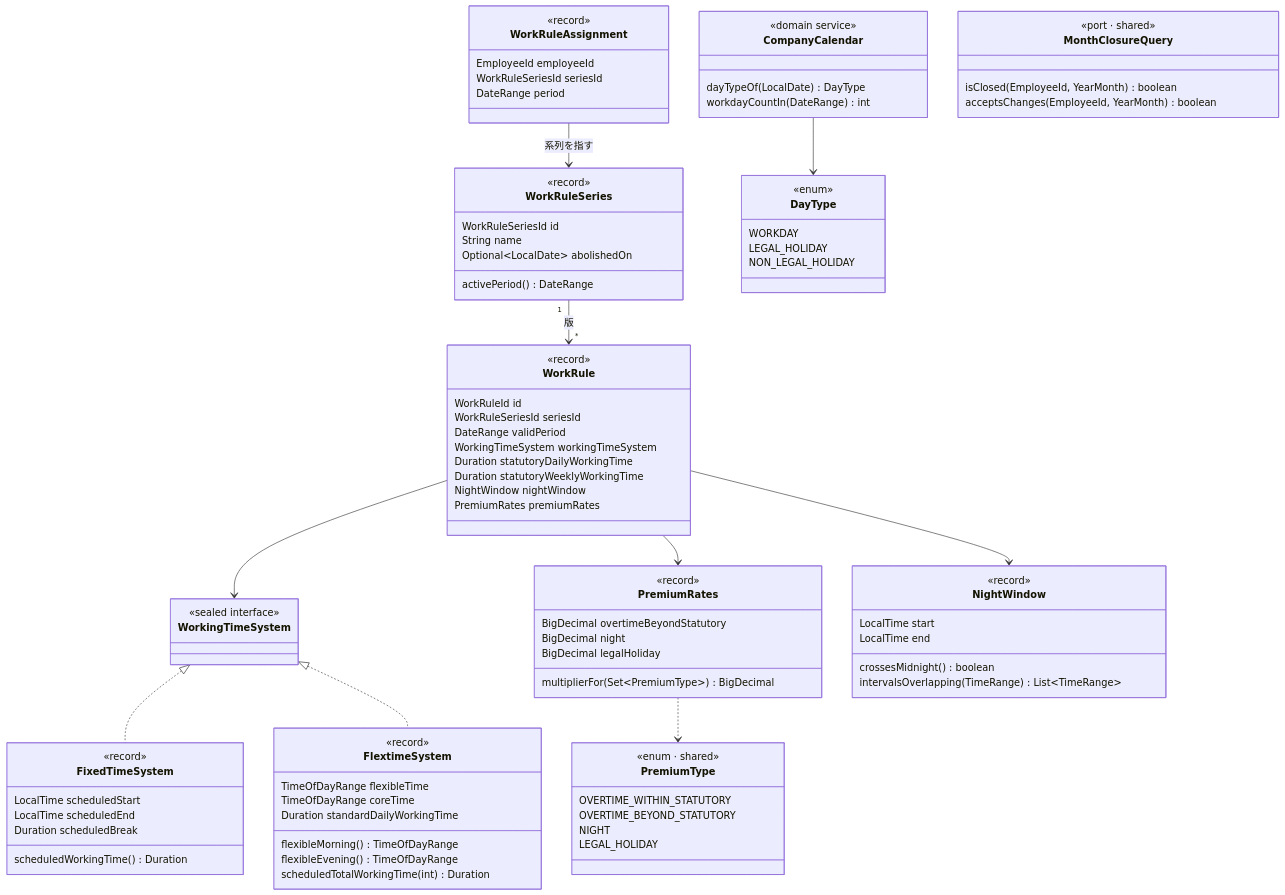
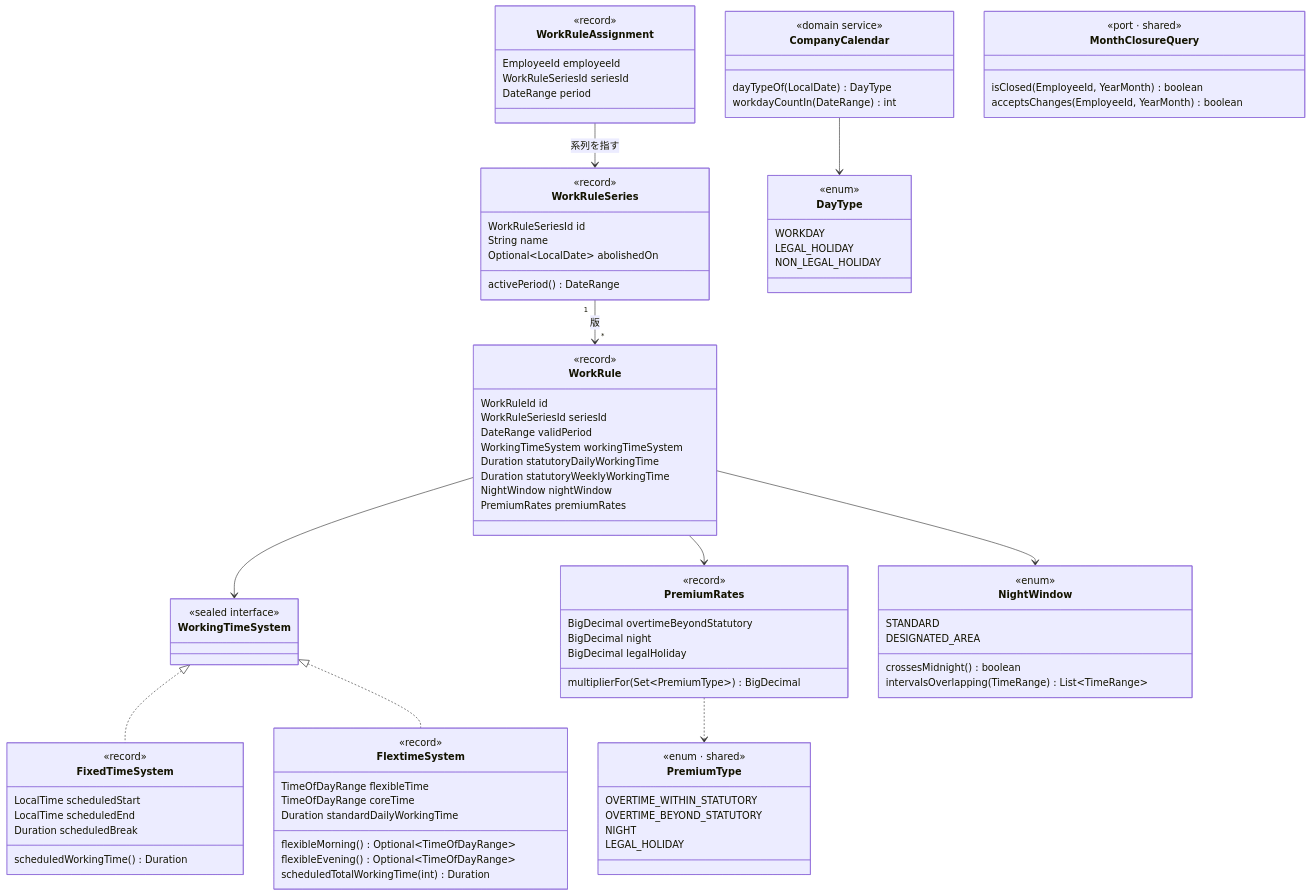
Before and after one commit to masaki-i02/newJavaProject: the diagram in doc/02_詳細設計/02_就業規則・カレンダー/diagrams/ドメインモデル.mmd, drawn with Mermaid. The commit also changed 52 other files, not shown here.

```diff
--- a/doc/02_詳細設計/02_就業規則・カレンダー/diagrams/ドメインモデル.mmd
+++ b/doc/02_詳細設計/02_就業規則・カレンダー/diagrams/ドメインモデル.mmd
@@ -1,96 +1,96 @@
 classDiagram
     direction TB
 
     class WorkRuleSeries {
         <<record>>
         WorkRuleSeriesId id
         String name
         Optional~LocalDate~ abolishedOn
         activePeriod() DateRange
     }
 
     class WorkRule {
         <<record>>
         WorkRuleId id
         WorkRuleSeriesId seriesId
         DateRange validPeriod
         WorkingTimeSystem workingTimeSystem
         Duration statutoryDailyWorkingTime
         Duration statutoryWeeklyWorkingTime
         NightWindow nightWindow
         PremiumRates premiumRates
     }
 
     class WorkingTimeSystem {
         <<sealed interface>>
     }
     class FixedTimeSystem {
         <<record>>
         LocalTime scheduledStart
         LocalTime scheduledEnd
         Duration scheduledBreak
         scheduledWorkingTime() Duration
     }
     class FlextimeSystem {
         <<record>>
         TimeOfDayRange flexibleTime
         TimeOfDayRange coreTime
         Duration standardDailyWorkingTime
-        flexibleMorning() TimeOfDayRange
-        flexibleEvening() TimeOfDayRange
+        flexibleMorning() Optional~TimeOfDayRange~
+        flexibleEvening() Optional~TimeOfDayRange~
         scheduledTotalWorkingTime(int) Duration
     }
 
     class PremiumRates {
         <<record>>
         BigDecimal overtimeBeyondStatutory
         BigDecimal night
         BigDecimal legalHoliday
         multiplierFor(Set~PremiumType~) BigDecimal
     }
     class NightWindow {
-        <<record>>
-        LocalTime start
-        LocalTime end
+        <<enum>>
+        STANDARD
+        DESIGNATED_AREA
         crossesMidnight() boolean
         intervalsOverlapping(TimeRange) List~TimeRange~
     }
     class DayType {
         <<enum>>
         WORKDAY
         LEGAL_HOLIDAY
         NON_LEGAL_HOLIDAY
     }
     class CompanyCalendar {
         <<domain service>>
         dayTypeOf(LocalDate) DayType
         workdayCountIn(DateRange) int
     }
     class WorkRuleAssignment {
         <<record>>
         EmployeeId employeeId
         WorkRuleSeriesId seriesId
         DateRange period
     }
     class PremiumType {
         <<enum · shared>>
         OVERTIME_WITHIN_STATUTORY
         OVERTIME_BEYOND_STATUTORY
         NIGHT
         LEGAL_HOLIDAY
     }
     class MonthClosureQuery {
         <<port · shared>>
         isClosed(EmployeeId, YearMonth) boolean
         acceptsChanges(EmployeeId, YearMonth) boolean
     }
 
     WorkingTimeSystem <|.. FixedTimeSystem
     WorkingTimeSystem <|.. FlextimeSystem
     WorkRuleSeries "1" --> "*" WorkRule : 版
     WorkRule --> WorkingTimeSystem
     WorkRule --> PremiumRates
     WorkRule --> NightWindow
     PremiumRates ..> PremiumType
     CompanyCalendar --> DayType
     WorkRuleAssignment --> WorkRuleSeries : 系列を指す
```
